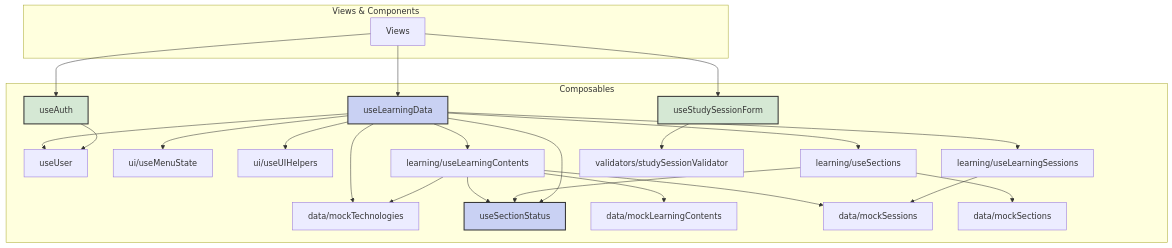
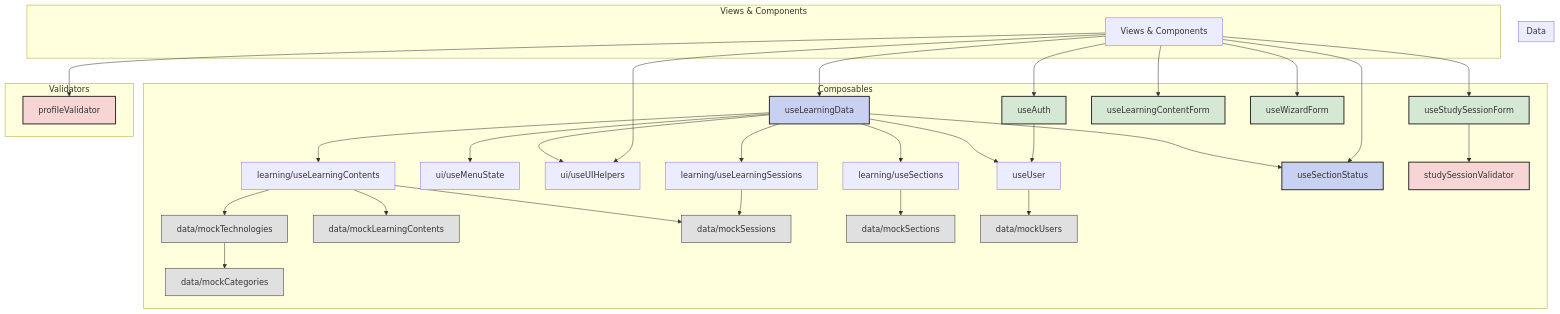
One commit to SHUN5872698/learn-track-pro changed the diagram in .gemini/docs/architectures/Vueアプリケーションディレクトリ構造.md. Above: the diagram before and after it, drawn with Mermaid. The commit also changed other lines of this file and 2 other files, not shown here.

Commit message:
docs: 各種ドキュメントを最新のコードベースに合わせて更新
Vueアプリケーションのディレクトリ構造、データベースのテーブル定義、および事前準備タスクリストを、現在のコードベースと実装状況に合わせて更新
- Vueアプリケーションディレクトリ構造: ディレクトリツリーとMermaidインポート関係図を最新化
- テーブル定義書: `categories`テーブルに`description`カラムと初期データを追加
- 事前準備タスクリスト: モックデータ、コンポーネント作成、プロフィール画像処理に関するタスクの進捗と内容を更新

````diff
--- a/.gemini/docs/architectures/Vueアプリケーションディレクトリ構造.md
+++ b/.gemini/docs/architectures/Vueアプリケーションディレクトリ構造.md
@@ -144,39 +145,68 @@
 ```mermaid
 graph TD
     subgraph Composables
         A[useLearningData] --> B[useUser]
         A --> C[ui/useMenuState]
         A --> D[ui/useUIHelpers]
         A --> E[learning/useLearningContents]
         A --> F[learning/useSections]
         A --> G[learning/useLearningSessions]
-        A --> H[data/mockTechnologies]
-        P[useSectionStatus]
+        A --> P[useSectionStatus]
 
-        E --> H
+        E --> H[data/mockTechnologies]
         E --> I[data/mockLearningContents]
         E --> J[data/mockSessions]
-        E --> P
 
         F --> K[data/mockSections]
-        F --> P
 
         G --> J
 
         L[useAuth] --> B
         M[useStudySessionForm] --> N[validators/studySessionValidator]
+        O[useLearningContentForm]
+        Q[useWizardForm]
 
-        A --> P
+        B --> R[data/mockUsers]
+        H --> S[data/mockCategories]
+    end
+
+    subgraph Data
+        H
+        I
+        J
+        K
+        R
+        S
+    end
+
+    subgraph Validators
+        N[studySessionValidator]
+        T[profileValidator]
     end
 
     subgraph Views & Components
-        O[Views] --> A
-        O --> L
-        O --> M
+        V[Views & Components] --> A
+        V --> L
+        V --> M
+        V --> O
+        V --> Q
+        V --> P
+        V --> D
+        V --> T
     end
 
     style A fill:#c9d1f3,stroke:#333,stroke-width:2px
     style L fill:#d5e8d4,stroke:#333,stroke-width:2px
     style M fill:#d5e8d4,stroke:#333,stroke-width:2px
     style P fill:#c9d1f3,stroke:#333,stroke-width:2px
+    style O fill:#d5e8d4,stroke:#333,stroke-width:2px
+    style Q fill:#d5e8d4,stroke:#333,stroke-width:2px
+    style N fill:#f8d5d5,stroke:#333,stroke-width:2px
+    style T fill:#f8d5d5,stroke:#333,stroke-width:2px
+    style H fill:#e0e0e0,stroke:#333,stroke-width:1px
+    style I fill:#e0e0e0,stroke:#333,stroke-width:1px
+    style J fill:#e0e0e0,stroke:#333,stroke-width:1px
+    style K fill:#e0e0e0,stroke:#333,stroke-width:1px
+    style R fill:#e0e0e0,stroke:#333,stroke-width:1px
+    style S fill:#e0e0e0,stroke:#333,stroke-width:1px
 ```
````
